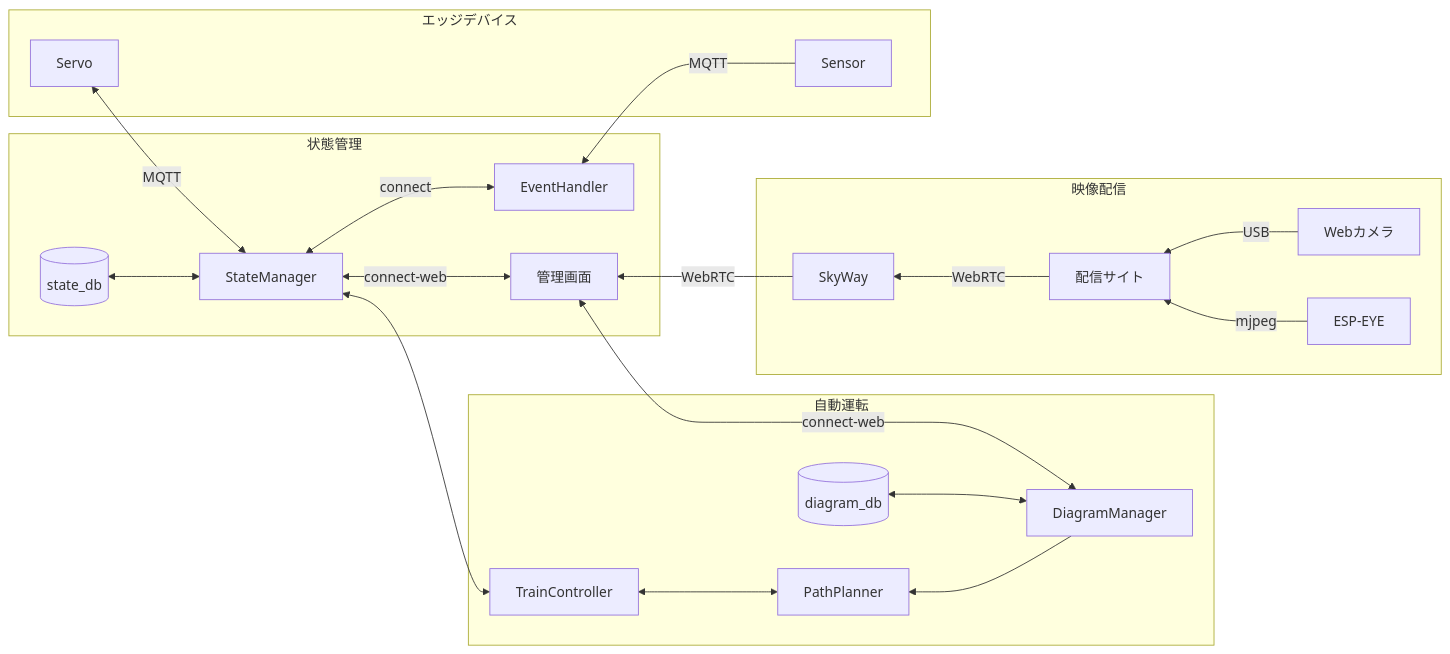
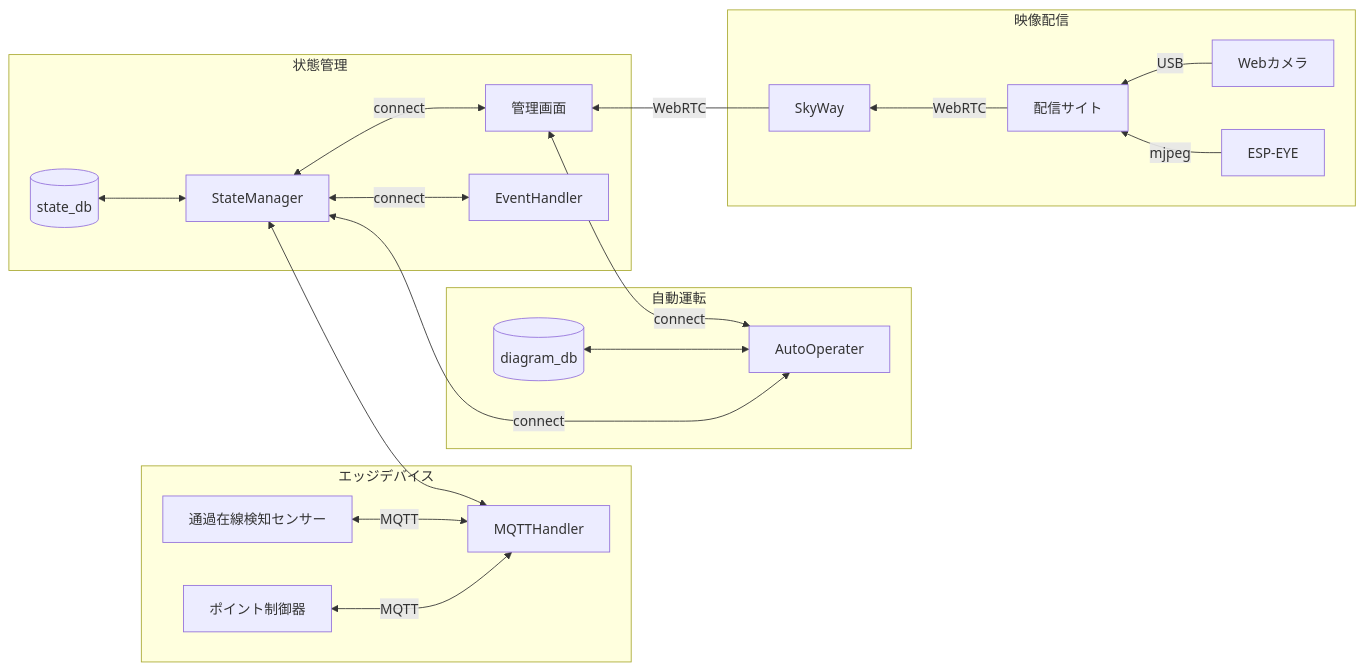
One commit to ueckoken/plarail2023 changed the diagram in documents/src/archtecture/archtecture.md. Above: the diagram before and after it, drawn with Mermaid.

Commit message:
update archtecture

````diff
--- a/documents/src/archtecture/archtecture.md
+++ b/documents/src/archtecture/archtecture.md
@@ -5,26 +5,31 @@
 ```mermaid
 flowchart RL
+
+subgraph エッジデバイス
+MQTTHandler <-->|"MQTT"| 通過在線検知センサー
+MQTTHandler <-->|"MQTT"| ポイント制御器
+end
+
 subgraph 状態管理
-管理画面 <-->|"connect-web"| StateManager
-
+管理画面 <-->|"connect"| StateManager
+MQTTHandler <--> StateManager
 EventHandler <-->|"connect"| StateManager
 StateManager <--> DB1[(state_db)]
 end
+
 subgraph 自動運転
-TrainController <--> StateManager
-DiagramManager --> PathPlanner
-PathPlanner <--> TrainController
-DiagramManager <--> DB2[(diagram_db)]
-DiagramManager <-->|"connect-web"| 管理画面
+AutoOperater <-->|"connect"| StateManager
+AutoOperater <--> DB2[(diagram_db)]
+AutoOperater <-->|"connect"| 管理画面
 end
+
 subgraph 映像配信
 Webカメラ --> |"USB"| 配信サイト
 ESP-EYE -->|"mjpeg"| 配信サイト
 配信サイト -->|"WebRTC"| SkyWay
 SkyWay -->|"WebRTC"| 管理画面
 end
-subgraph エッジデバイス
-StateManager <-->|"MQTT"| Servo
-Sensor -->|"MQTT"| EventHandler
-end
+
+
+
 ```
````
